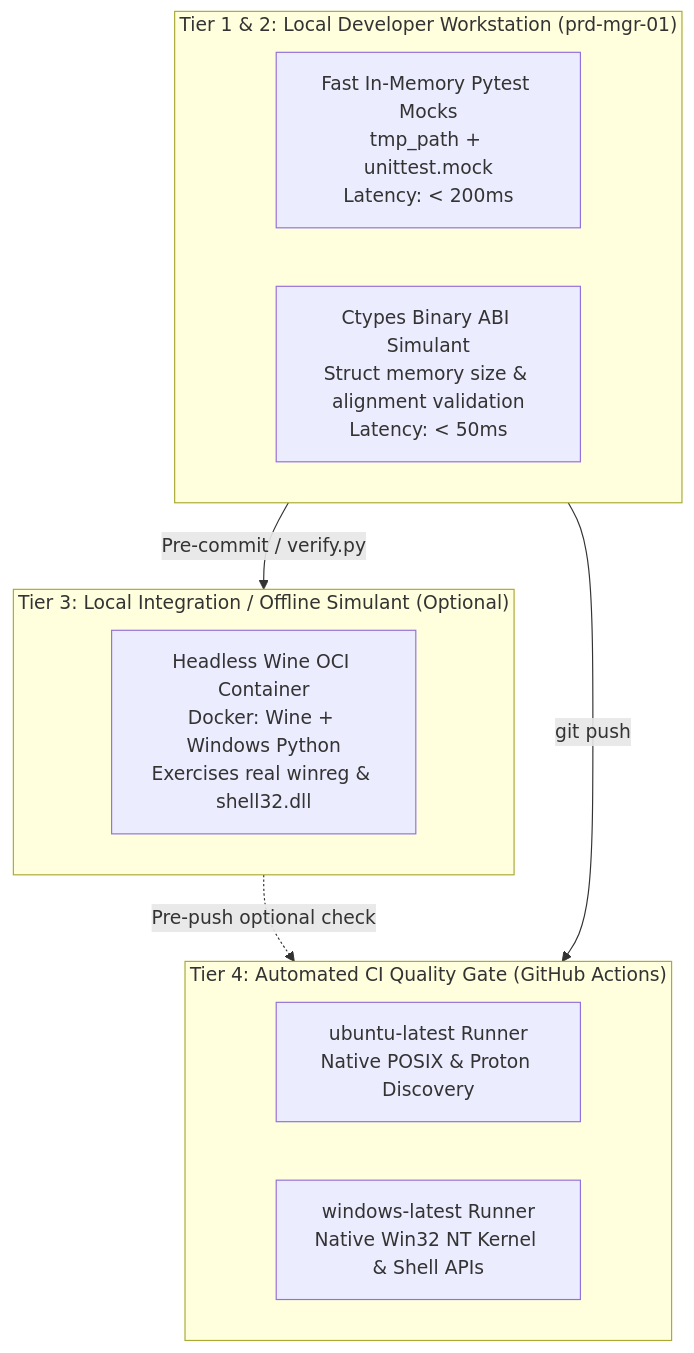
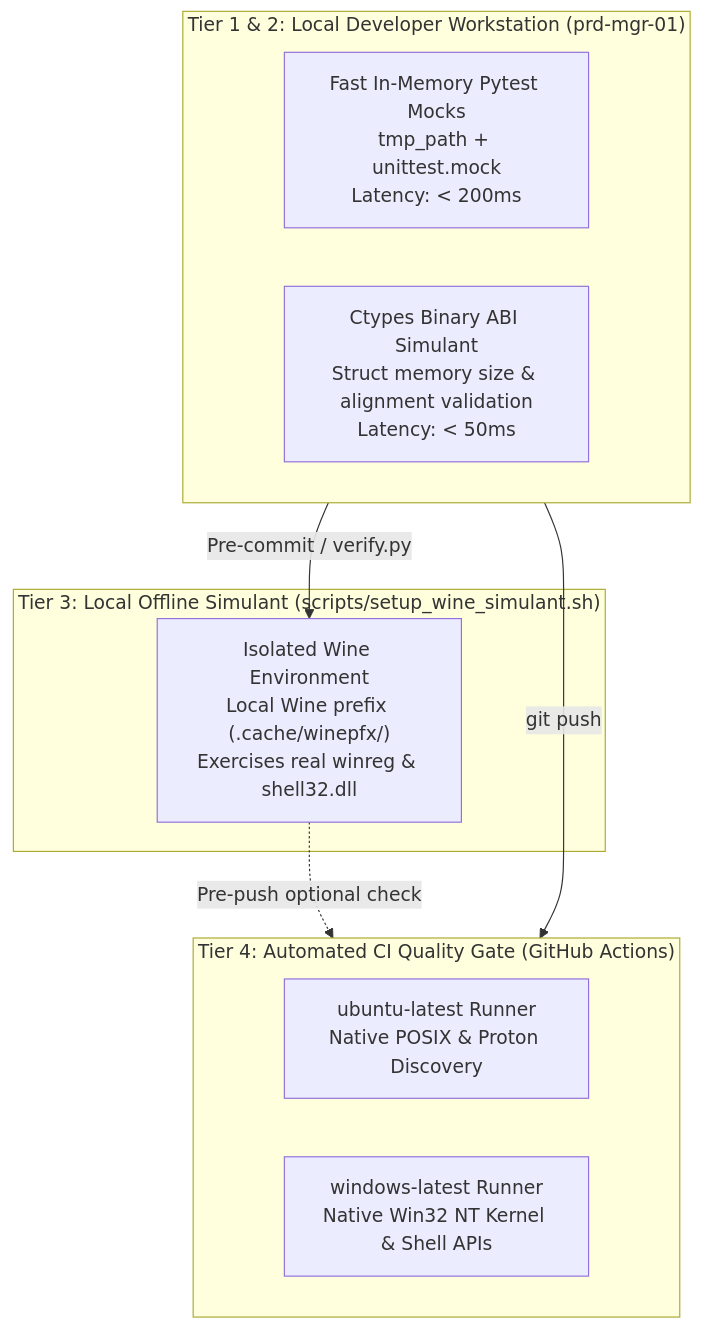
One commit to mnaatjes/ed-telemetry changed the first of 2 diagrams in architecture/adr/0005_cross_platform_testing_strategy_and_simulation_matrix.md. Above: the diagram before and after it, drawn with Mermaid. The commit also changed other lines of this file, not shown here.

Commit message:
docs(adr-005): address review feedback, reject Docker, clarify setup script and CI performance, fix Mermaid

````diff
--- a/architecture/adr/0005_cross_platform_testing_strategy_and_simulation_matrix.md
+++ b/architecture/adr/0005_cross_platform_testing_strategy_and_simulation_matrix.md
@@ -54,20 +52,20 @@
 ```mermaid
 flowchart TD
     subgraph Tier1_2["Tier 1 & 2: Local Developer Workstation (prd-mgr-01)"]
         T1["Fast In-Memory Pytest Mocks<br/>tmp_path + unittest.mock<br/>Latency: < 200ms"]
         T2["Ctypes Binary ABI Simulant<br/>Struct memory size & alignment validation<br/>Latency: < 50ms"]
     end
 
-    subgraph Tier3["Tier 3: Local Integration / Offline Simulant (Optional)"]
-        T3["Headless Wine OCI Container<br/>Docker: Wine + Windows Python<br/>Exercises real winreg & shell32.dll"]
+    subgraph Tier3["Tier 3: Local Offline Simulant (scripts/setup_wine_simulant.sh)"]
+        T3["Isolated Wine Environment<br/>Local Wine prefix (.cache/winepfx/)<br/>Exercises real winreg & shell32.dll"]
     end
 
     subgraph Tier4["Tier 4: Automated CI Quality Gate (GitHub Actions)"]
         CI_Linux["ubuntu-latest Runner<br/>Native POSIX & Proton Discovery"]
         CI_Win["windows-latest Runner<br/>Native Win32 NT Kernel & Shell APIs"]
     end
 
-    Tier1_2 -->|Pre-commit / verify.py| Tier3
-    Tier3 -.->|Pre-push optional check| Tier4
+    Tier1_2 -->|Pre-commit / verify.py| T3
+    T3 -.->|Pre-push optional check| Tier4
     Tier1_2 -->|git push| Tier4
 ```
````
